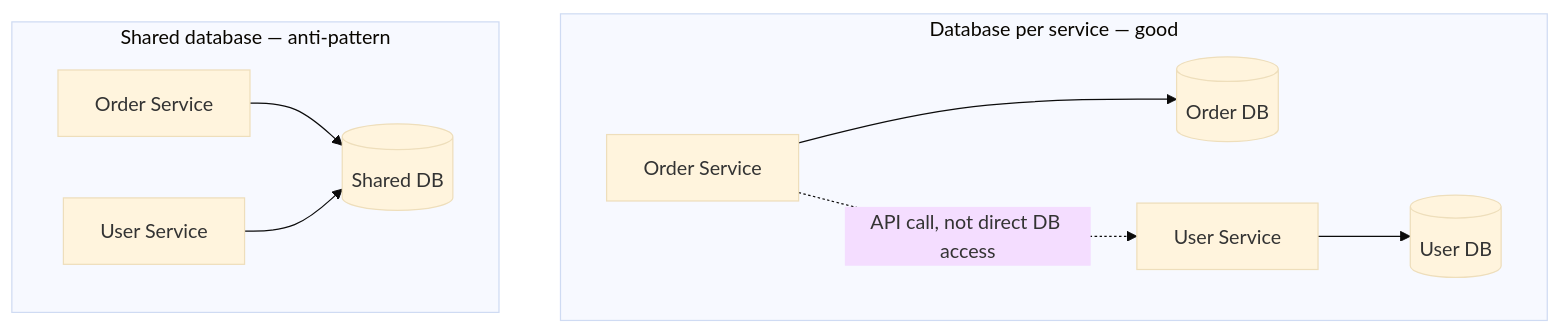
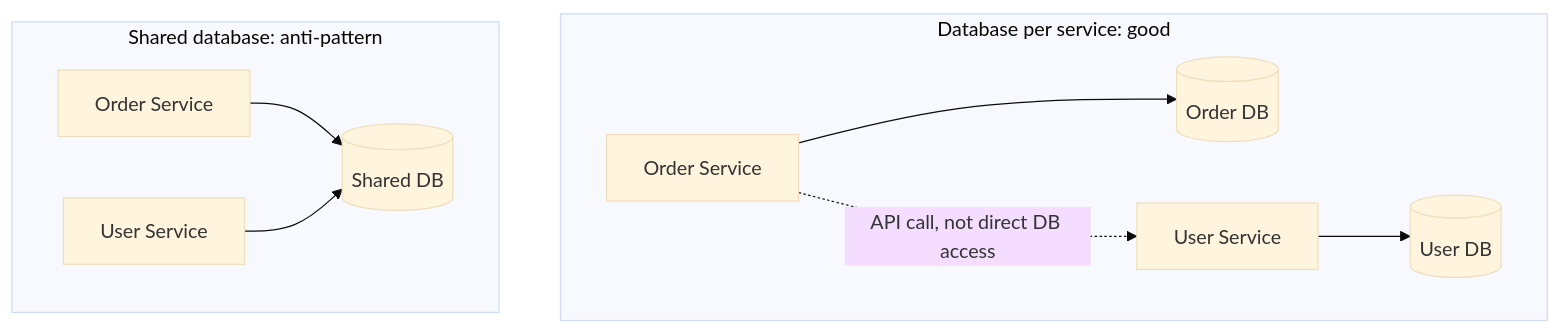
One commit to josuebrunel/josuebrunel.github.io changed the eighth of 15 diagrams in content/interview/interview-prep-kafka-microservices.md. Above: the diagram before and after it, drawn with Mermaid (base theme). The commit also changed other lines of this file and 6 other files, not shown here.

````diff
--- a/content/interview/interview-prep-kafka-microservices.md
+++ b/content/interview/interview-prep-kafka-microservices.md
@@ -177,12 +463,12 @@
 ```mermaid
 graph TD
-    subgraph "Database per service — good"
+    subgraph "Database per service: good"
     S1[Order Service] --> D1[(Order DB)]
     S2[User Service] --> D2[(User DB)]
     S1 -. "API call, not direct DB access" .-> S2
     end
-    subgraph "Shared database — anti-pattern"
+    subgraph "Shared database: anti-pattern"
     S3[Order Service] --> D3[(Shared DB)]
     S4[User Service] --> D3
     end
 ```
````
